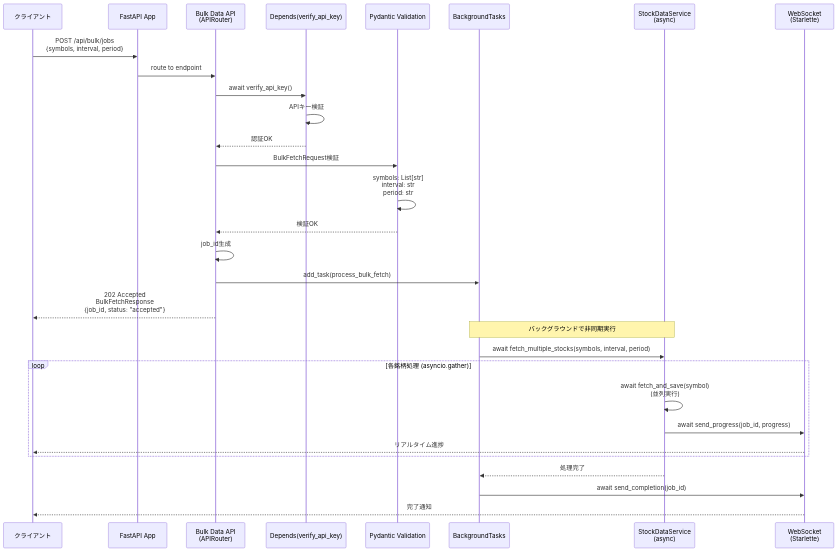
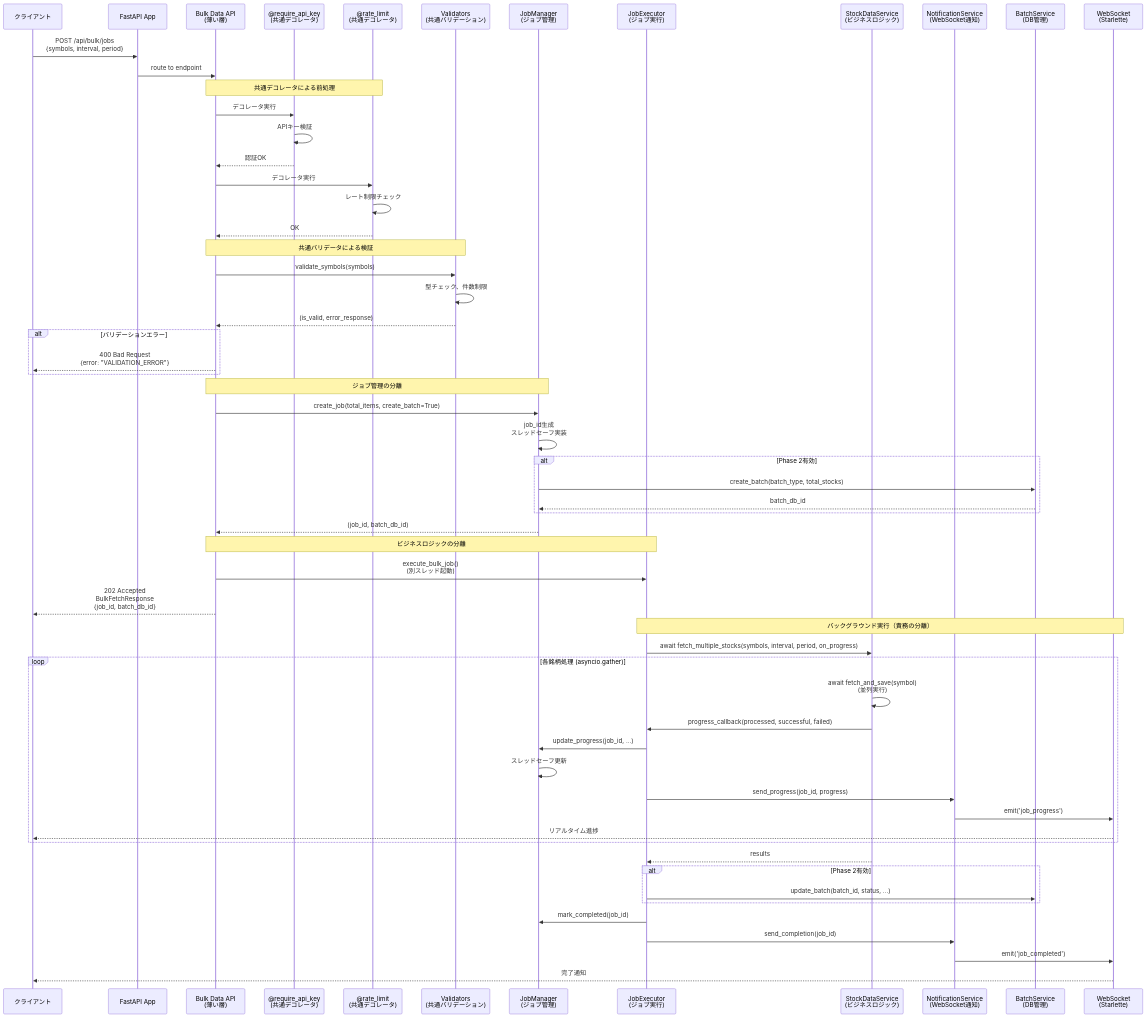
The third of 6 diagrams in docs/architecture/layers/api_layer.md (TIMMY-WEST/STOCK-INVESTMENT-ANALYZER), drawn with Mermaid before and after one commit. The commit also changed other lines of this file, not shown here.

````diff
--- a/docs/architecture/layers/api_layer.md
+++ b/docs/architecture/layers/api_layer.md
@@ -261,41 +445,78 @@
 ```mermaid
 sequenceDiagram
     participant Client as クライアント
     participant FastAPI as FastAPI App
-    participant BulkAPI as Bulk Data API<br/>(APIRouter)
-    participant Auth as Depends(verify_api_key)
-    participant Pydantic as Pydantic Validation
-    participant BackgroundTask as BackgroundTasks
-    participant StockSvc as StockDataService<br/>(async)
+    participant BulkAPI as Bulk Data API<br/>(薄い層)
+    participant Auth as @require_api_key<br/>(共通デコレータ)
+    participant RateLimit as @rate_limit<br/>(共通デコレータ)
+    participant Validators as Validators<br/>(共通バリデーション)
+    participant JobMgr as JobManager<br/>(ジョブ管理)
+    participant JobExec as JobExecutor<br/>(ジョブ実行)
+    participant BulkSvc as StockDataService<br/>(ビジネスロジック)
+    participant NotifySvc as NotificationService<br/>(WebSocket通知)
+    participant BatchSvc as BatchService<br/>(DB管理)
     participant WebSocket as WebSocket<br/>(Starlette)
 
     Client->>FastAPI: POST /api/bulk/jobs<br/>{symbols, interval, period}
     FastAPI->>BulkAPI: route to endpoint
 
-    BulkAPI->>Auth: await verify_api_key()
+    Note over BulkAPI,RateLimit: 共通デコレータによる前処理
+    BulkAPI->>Auth: デコレータ実行
     Auth->>Auth: APIキー検証
     Auth-->>BulkAPI: 認証OK
 
-    BulkAPI->>Pydantic: BulkFetchRequest検証
-    Pydantic->>Pydantic: symbols: List[str]<br/>interval: str<br/>period: str
-    Pydantic-->>BulkAPI: 検証OK
+    BulkAPI->>RateLimit: デコレータ実行
+    RateLimit->>RateLimit: レート制限チェック
+    RateLimit-->>BulkAPI: OK
 
-    BulkAPI->>BulkAPI: job_id生成
+    Note over BulkAPI,Validators: 共通バリデータによる検証
+    BulkAPI->>Validators: validate_symbols(symbols)
+    Validators->>Validators: 型チェック、件数制限
+    Validators-->>BulkAPI: (is_valid, error_response)
 
-    BulkAPI->>BackgroundTask: add_task(process_bulk_fetch)
-    BulkAPI-->>Client: 202 Accepted<br/>BulkFetchResponse<br/>{job_id, status: "accepted"}
+    alt バリデーションエラー
+        BulkAPI-->>Client: 400 Bad Request<br/>{error: "VALIDATION_ERROR"}
+    end
 
-    Note over BackgroundTask,StockSvc: バックグラウンドで非同期実行
+    Note over BulkAPI,JobMgr: ジョブ管理の分離
+    BulkAPI->>JobMgr: create_job(total_items, create_batch=True)
+    JobMgr->>JobMgr: job_id生成<br/>スレッドセーフ実装
 
-    BackgroundTask->>StockSvc: await fetch_multiple_stocks(symbols, interval, period)
+    alt Phase 2有効
+        JobMgr->>BatchSvc: create_batch(batch_type, total_stocks)
+        BatchSvc-->>JobMgr: batch_db_id
+    end
+
+    JobMgr-->>BulkAPI: (job_id, batch_db_id)
+
+    Note over BulkAPI,JobExec: ビジネスロジックの分離
+    BulkAPI->>JobExec: execute_bulk_job()<br/>(別スレッド起動)
+    BulkAPI-->>Client: 202 Accepted<br/>BulkFetchResponse<br/>{job_id, batch_db_id}
+
+    Note over JobExec,WebSocket: バックグラウンド実行（責務の分離）
+
+    JobExec->>BulkSvc: await fetch_multiple_stocks(symbols, interval, period, on_progress)
 
     loop 各銘柄処理 (asyncio.gather)
-        StockSvc->>StockSvc: await fetch_and_save(symbol)<br/>(並列実行)
-        StockSvc->>WebSocket: await send_progress(job_id, progress)
+        BulkSvc->>BulkSvc: await fetch_and_save(symbol)<br/>(並列実行)
+        BulkSvc->>JobExec: progress_callback(processed, successful, failed)
+
+        JobExec->>JobMgr: update_progress(job_id, ...)
+        JobMgr->>JobMgr: スレッドセーフ更新
+
+        JobExec->>NotifySvc: send_progress(job_id, progress)
+        NotifySvc->>WebSocket: emit('job_progress')
         WebSocket-->>Client: リアルタイム進捗
     end
 
-    StockSvc-->>BackgroundTask: 処理完了
-    BackgroundTask->>WebSocket: await send_completion(job_id)
+    BulkSvc-->>JobExec: results
+
+    alt Phase 2有効
+        JobExec->>BatchSvc: update_batch(batch_id, status, ...)
+    end
+
+    JobExec->>JobMgr: mark_completed(job_id)
+    JobExec->>NotifySvc: send_completion(job_id)
+    NotifySvc->>WebSocket: emit('job_completed')
     WebSocket-->>Client: 完了通知
 ```
````
